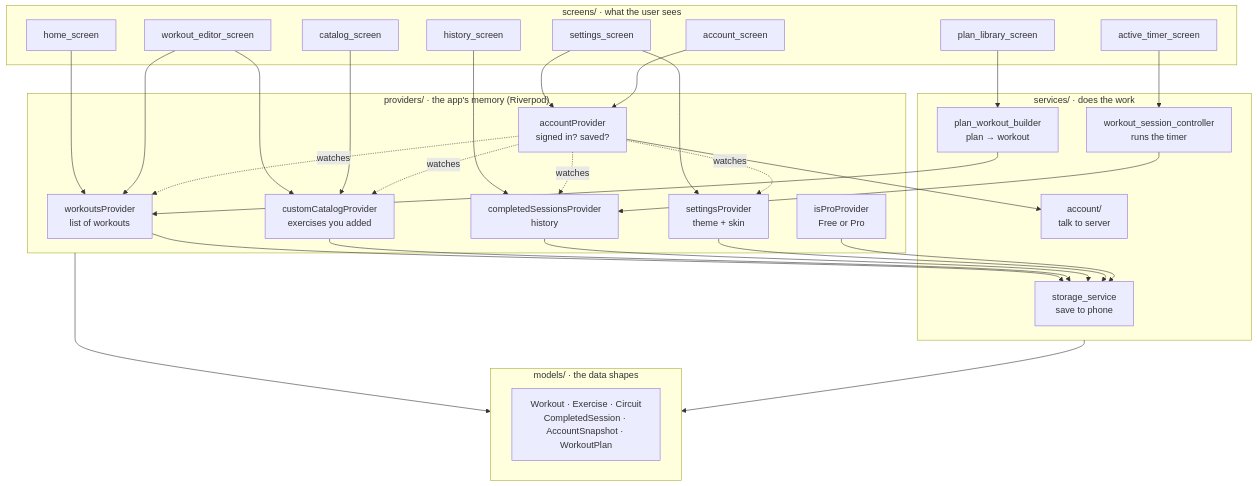
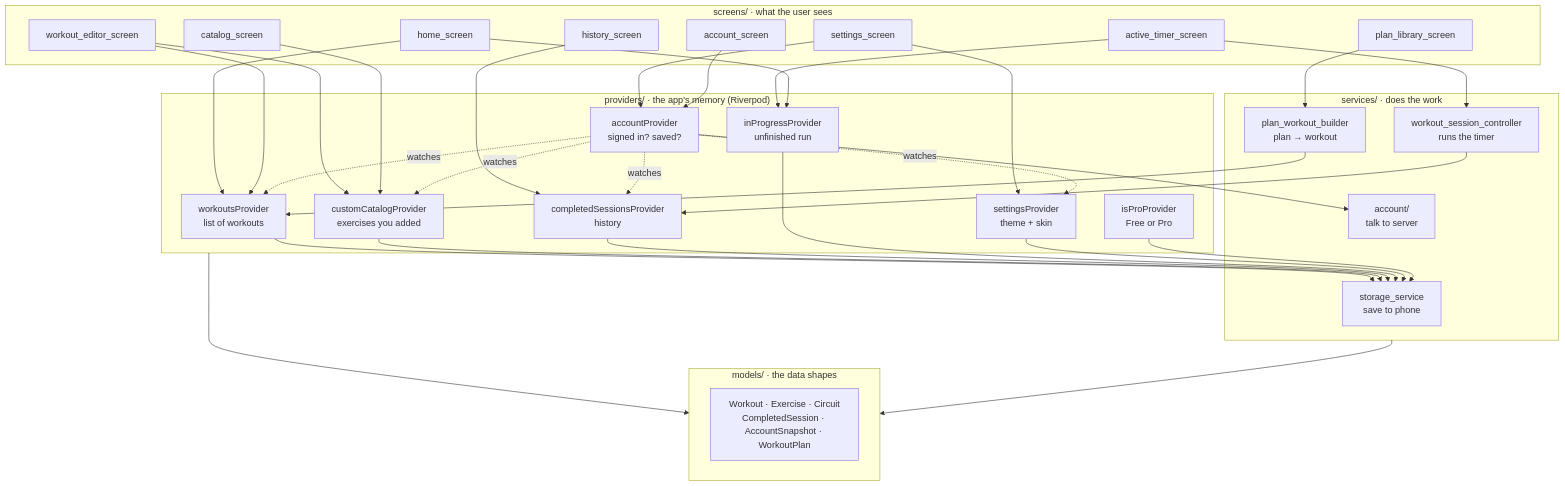
One commit to kuikai/stackfit changed the second of 6 diagrams in GUIDE.md. Above: the diagram before and after it, drawn with Mermaid. The commit also changed other lines of this file and 114 other files, not shown here.

````diff
--- a/GUIDE.md
+++ b/GUIDE.md
@@ -72,59 +72,63 @@
 ```mermaid
 flowchart TB
   subgraph Screens["screens/ · what the user sees"]
     Home[home_screen]
     Editor[workout_editor_screen]
     Catalog[catalog_screen]
     Timer[active_timer_screen]
     History[history_screen]
     Settings[settings_screen]
     Plans[plan_library_screen]
     Account[account_screen]
   end
 
   subgraph Providers["providers/ · the app's memory (Riverpod)"]
     WP[workoutsProvider<br/>list of workouts]
     CCP[customCatalogProvider<br/>exercises you added]
     CP[completedSessionsProvider<br/>history]
+    IP[inProgressProvider<br/>unfinished run]
     SP[settingsProvider<br/>theme + skin]
     PP[isProProvider<br/>Free or Pro]
     AP[accountProvider<br/>signed in? saved?]
   end
 
   subgraph Services["services/ · does the work"]
     Store[storage_service<br/>save to phone]
     Session[workout_session_controller<br/>runs the timer]
     Sync[account/<br/>talk to server]
     Plan[plan_workout_builder<br/>plan → workout]
   end
 
   subgraph Models["models/ · the data shapes"]
     M[Workout · Exercise · Circuit<br/>CompletedSession · AccountSnapshot · WorkoutPlan]
   end
 
   Home --> WP
   Editor --> WP
   Editor --> CCP
   Catalog --> CCP
   Timer --> Session --> CP
+  Timer --> IP
+  Home --> IP
   History --> CP
   Settings --> SP
   Settings --> AP
   Plans --> Plan --> WP
   Account --> AP
 
   WP --> Store
   CCP --> Store
   CP --> Store
+  IP --> Store
   SP --> Store
   PP --> Store
   AP --> Sync
 
   AP -. "watches" .-> WP
   AP -. "watches" .-> CP
   AP -. "watches" .-> SP
   AP -. "watches" .-> CCP
 
   Providers --> Models
   Services --> Models
 ```
````
